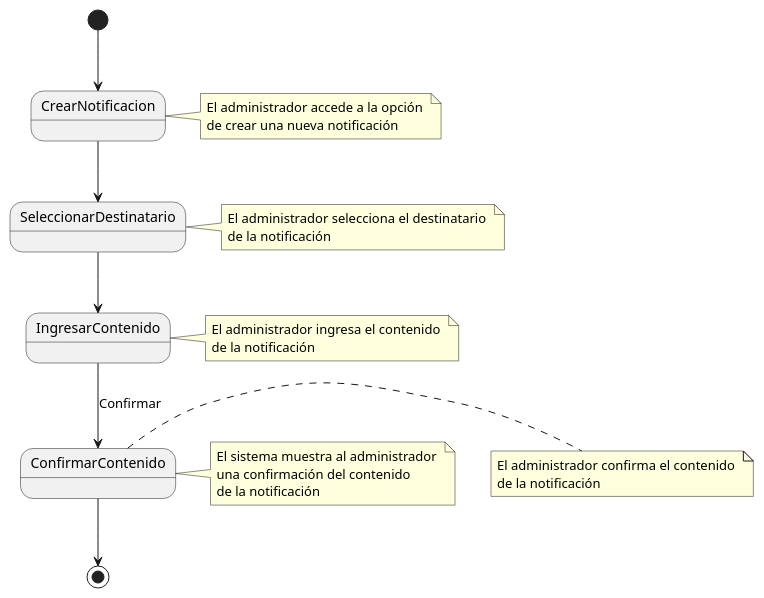
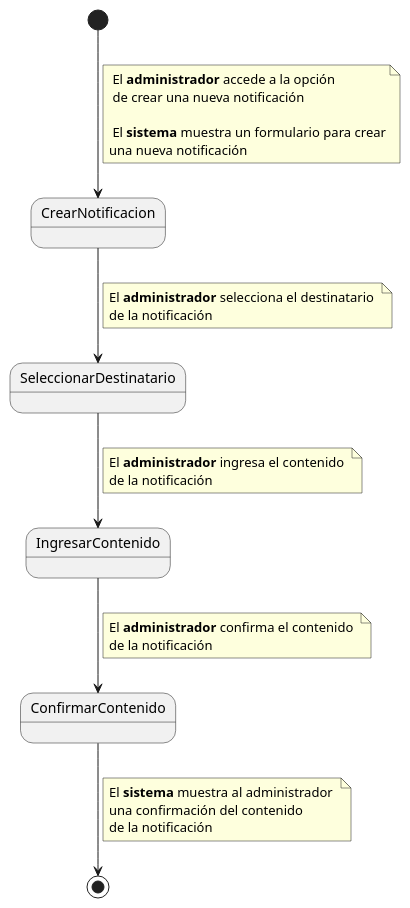
One commit to pablarce/23-24-IdSw1-SDR changed the diagram in CasosDeUso/CduDetallados/CduNotficaciones/CrearNotificaciones.puml. Above: the diagram before and after it, drawn with PlantUML. The commit also changed 1 other file, not shown here.

Commit message:
Cambios a CDU CrearNotificaciones

```diff
--- a/CasosDeUso/CduDetallados/CduNotficaciones/CrearNotificaciones.puml
+++ b/CasosDeUso/CduDetallados/CduNotficaciones/CrearNotificaciones.puml
@@ -1,34 +1,37 @@
 @startuml
 
 [*] --> CrearNotificacion
-note right of CrearNotificacion
- El administrador accede a la opción 
+note on link
+ El **administrador** accede a la opción 
  de crear una nueva notificación
+
+ El **sistema** muestra un formulario para crear
+una nueva notificación
 end note
 
 CrearNotificacion --> SeleccionarDestinatario
-note right of SeleccionarDestinatario
- El administrador selecciona el destinatario 
+note on link
+ El **administrador** selecciona el destinatario 
  de la notificación
 end note
 
 SeleccionarDestinatario --> IngresarContenido
-note right of IngresarContenido
- El administrador ingresa el contenido 
+note on link
+ El **administrador** ingresa el contenido 
  de la notificación
 end note
 
-IngresarContenido --> ConfirmarContenido : Confirmar
-note right of ConfirmarContenido
- El administrador confirma el contenido 
+IngresarContenido --> ConfirmarContenido 
+note on link
+ El **administrador** confirma el contenido 
  de la notificación
 end note
 
 ConfirmarContenido --> [*]
-note right of ConfirmarContenido
- El sistema muestra al administrador 
+note on link
+ El **sistema** muestra al administrador 
  una confirmación del contenido 
  de la notificación
 end note
 
 @enduml
```
